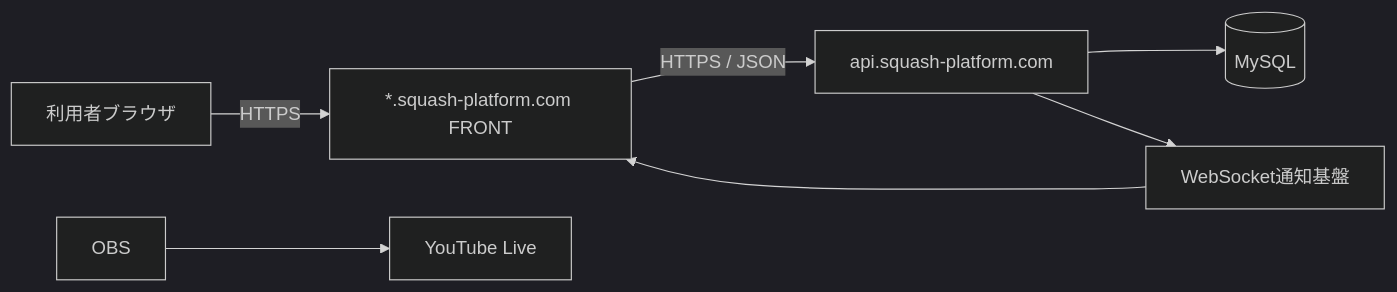
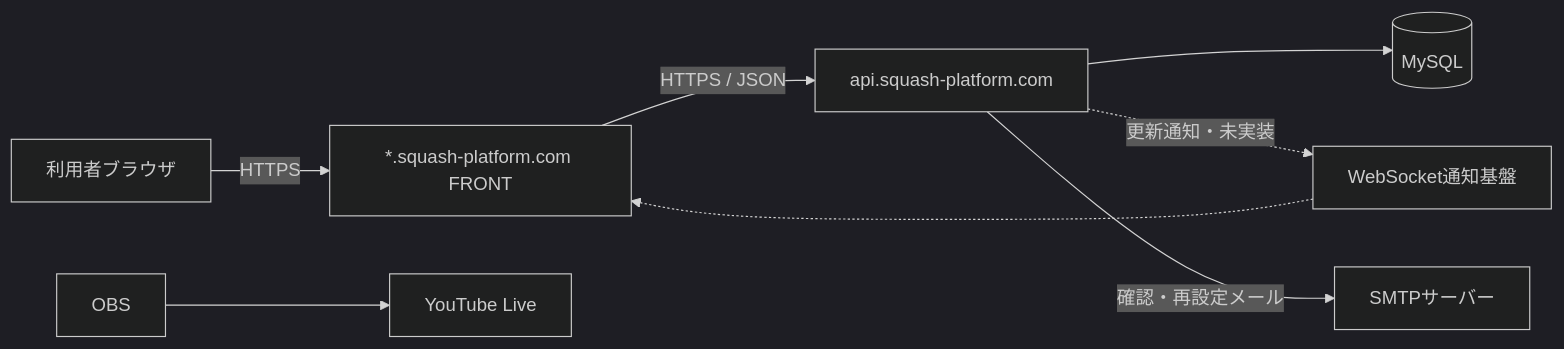
Before and after one commit to Miraisosha/S-NICK-Platform: the first of 2 diagrams in docs/architecture/103_infrastructure.md, drawn with Mermaid (dark theme). The commit also changed other lines of this file and 14 other files, not shown here.

````diff
--- a/docs/architecture/103_infrastructure.md
+++ b/docs/architecture/103_infrastructure.md
@@ -23,9 +33,10 @@
 ```mermaid
 flowchart LR
     Browser["利用者ブラウザ"] -->|HTTPS| Front["*.squash-platform.com FRONT"]
     Front -->|HTTPS / JSON| API["api.squash-platform.com"]
     API --> DB[(MySQL)]
-    API --> Realtime["WebSocket通知基盤"]
-    Realtime --> Front
+    API -.->|更新通知・未実装| Realtime["WebSocket通知基盤"]
+    Realtime -.-> Front
+    API -->|確認・再設定メール| SMTP["SMTPサーバー"]
     OBS["OBS"] --> YouTube["YouTube Live"]
 ```
````
